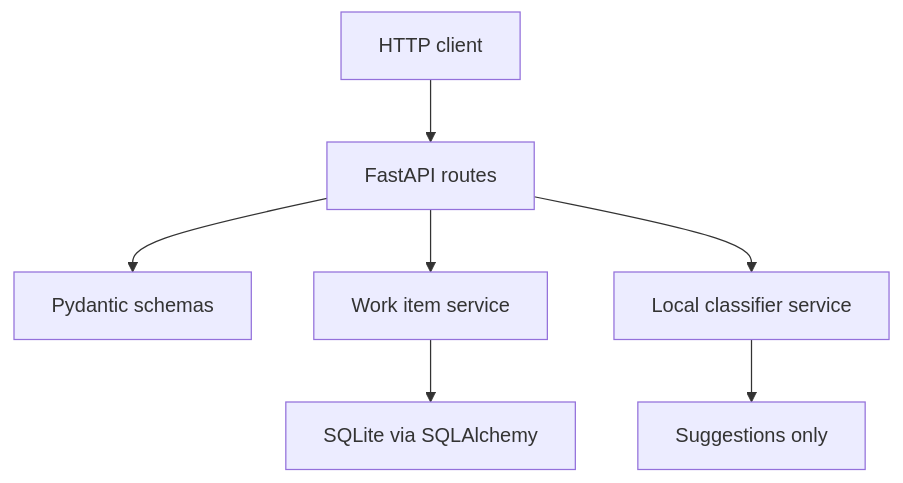
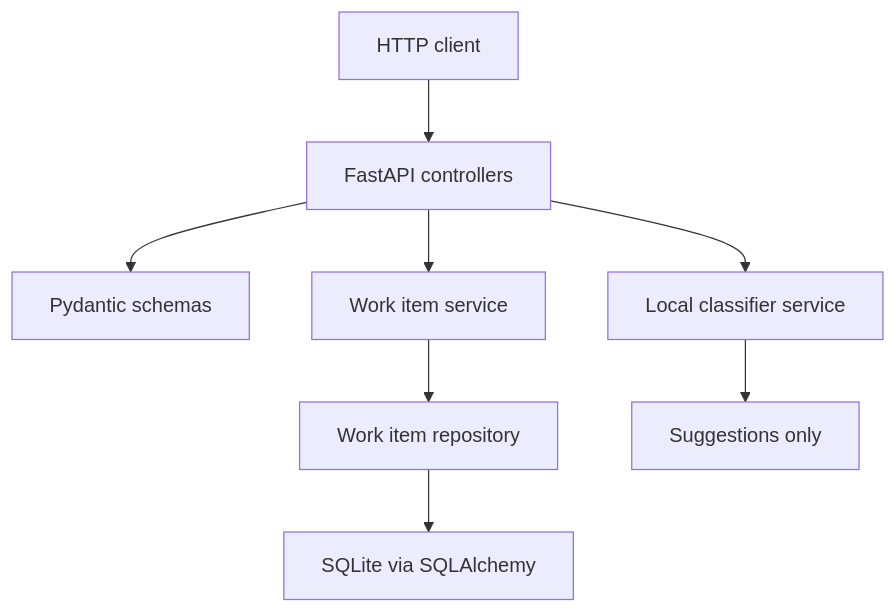
Before and after one commit to andredemari/micro-api-work-items: the diagram in README.md, drawn with Mermaid. The commit also changed other lines of this file, not shown here.

Commit message:
docs: update architecture docs after controllers and models refactor

````diff
--- a/README.md
+++ b/README.md
@@ -165,9 +165,10 @@
 ```mermaid
 flowchart TD
-    Client["HTTP client"] --> Routes["FastAPI routes"]
-    Routes --> Schemas["Pydantic schemas"]
-    Routes --> Services["Work item service"]
-    Services --> SQLite["SQLite via SQLAlchemy"]
-    Routes --> Classifier["Local classifier service"]
+    Client["HTTP client"] --> Controllers["FastAPI controllers"]
+    Controllers --> Schemas["Pydantic schemas"]
+    Controllers --> Services["Work item service"]
+    Services --> Repository["Work item repository"]
+    Repository --> SQLite["SQLite via SQLAlchemy"]
+    Controllers --> Classifier["Local classifier service"]
     Classifier --> Suggestions["Suggestions only"]
 ```
````
